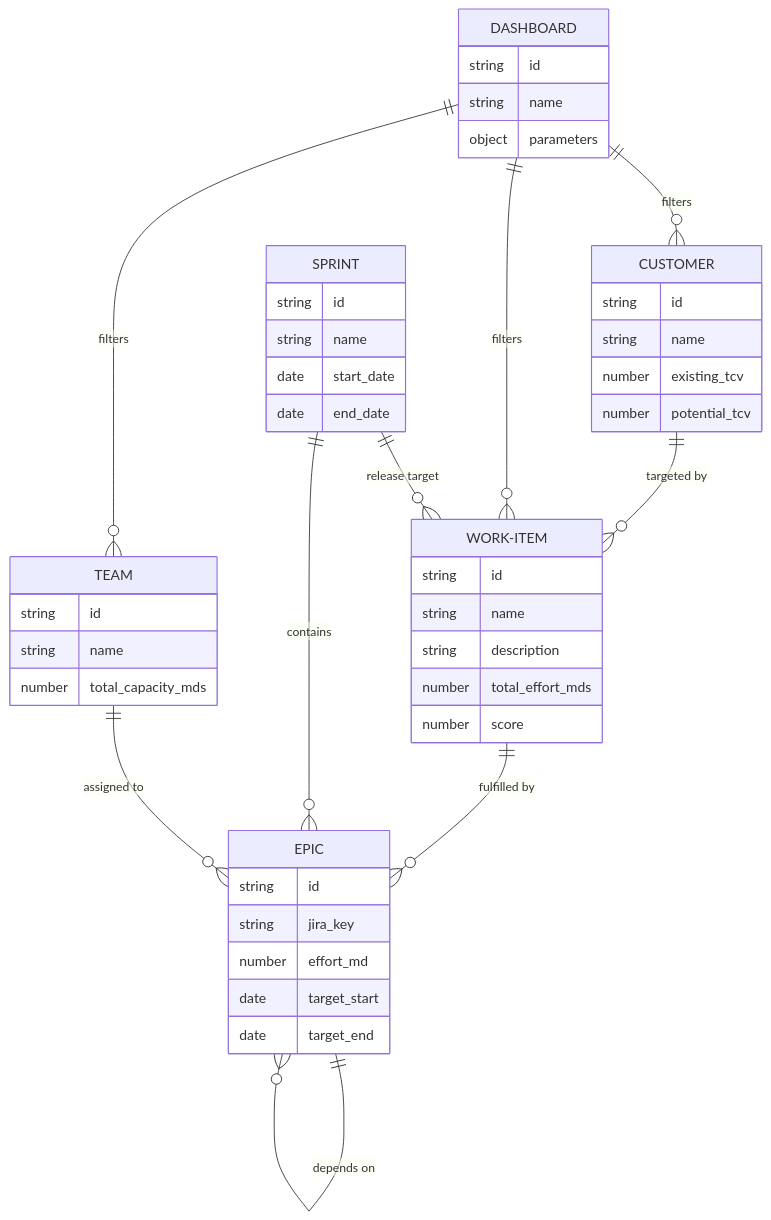
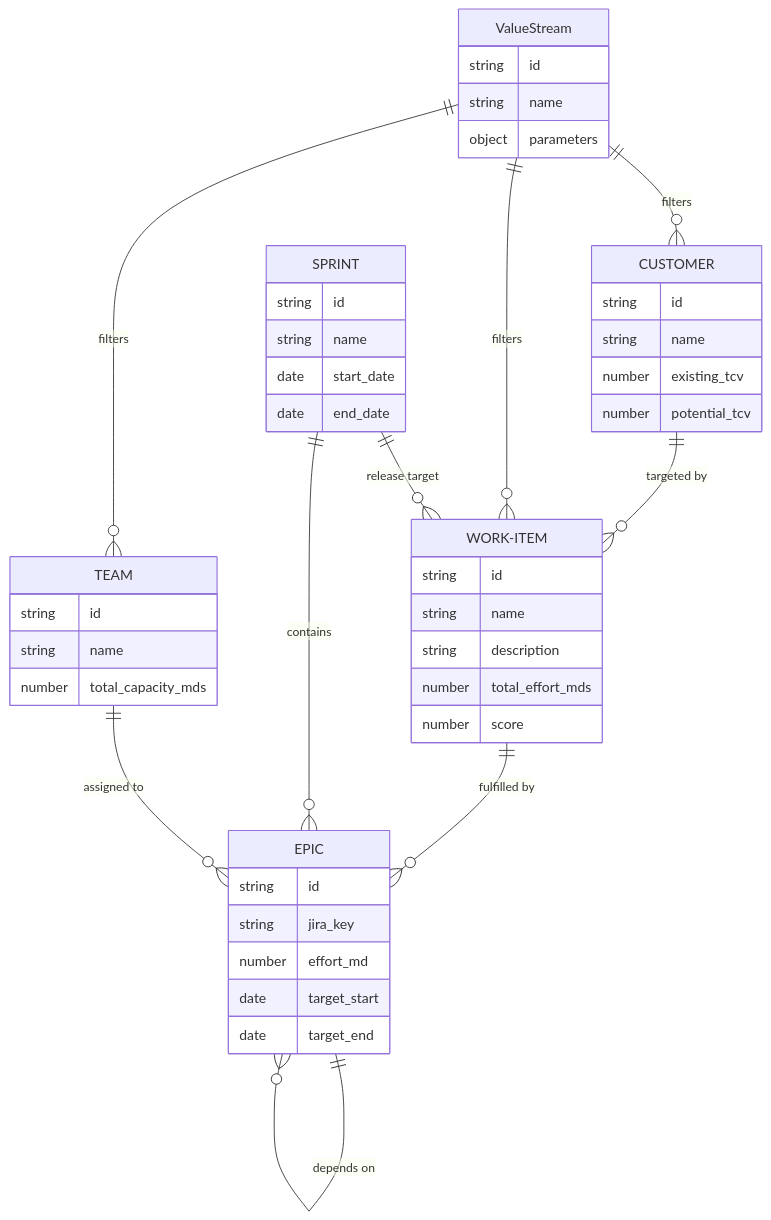
Before and after one commit to AlesKracik/ValueStream-DependencyTree: the fifth of 5 diagrams in doc/ARCHITECTURE.md, drawn with Mermaid. The commit also changed other lines of this file and 56 other files, not shown here.

Commit message:
refactor: rename 'Dashboard' to 'Value Stream' project-wide

````diff
--- a/doc/ARCHITECTURE.md
+++ b/doc/ARCHITECTURE.md
@@ -236,49 +236,49 @@
 ```mermaid
 erDiagram
     CUSTOMER {
         string id
         string name
         number existing_tcv
         number potential_tcv
     }
     WORK-ITEM {
         string id
         string name
         string description
         number total_effort_mds
         number score
     }
     EPIC {
         string id
         string jira_key
         number effort_md
         date target_start
         date target_end
     }
     TEAM {
         string id
         string name
         number total_capacity_mds
     }
     SPRINT {
         string id
         string name
         date start_date
         date end_date
     }
-    DASHBOARD {
+    ValueStream {
         string id
         string name
         object parameters
     }
 
     CUSTOMER ||--o{ WORK-ITEM : "targeted by"
     WORK-ITEM ||--o{ EPIC : "fulfilled by"
     TEAM ||--o{ EPIC : "assigned to"
     SPRINT ||--o{ WORK-ITEM : "release target"
     SPRINT ||--o{ EPIC : "contains"
     EPIC ||--o{ EPIC : "depends on"
-    DASHBOARD ||--o{ CUSTOMER : "filters"
-    DASHBOARD ||--o{ WORK-ITEM : "filters"
-    DASHBOARD ||--o{ TEAM : "filters"
+    ValueStream ||--o{ CUSTOMER : "filters"
+    ValueStream ||--o{ WORK-ITEM : "filters"
+    ValueStream ||--o{ TEAM : "filters"
 ```
````
